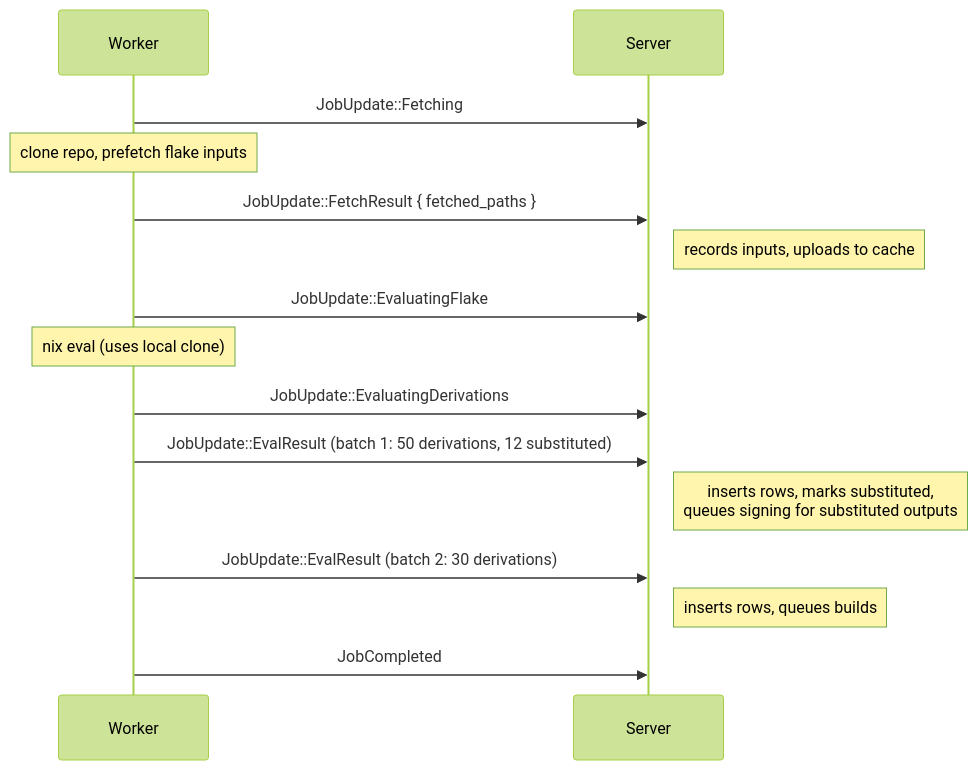
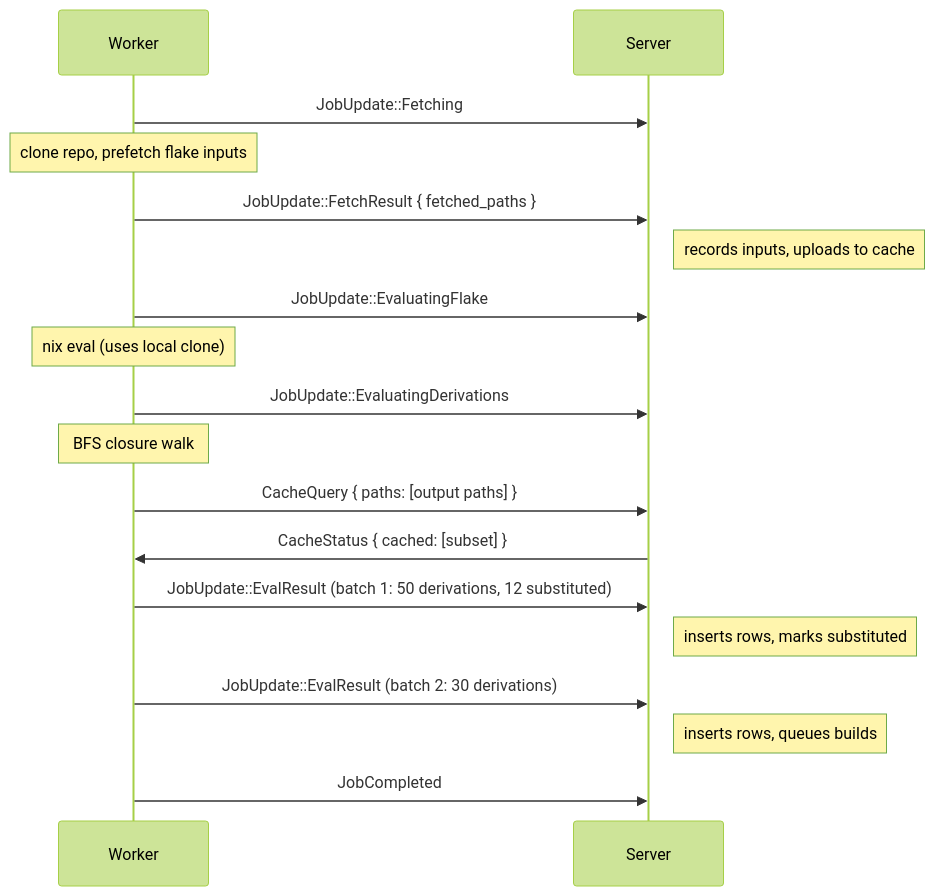
One commit to wavelens/gradient changed diagram 12 of 22 in docs/src/development/proto.md. Above: the diagram before and after it, drawn with Mermaid (forest theme). The commit also changed other lines of this file and 19 other files, not shown here.

````diff
--- a/docs/src/development/proto.md
+++ b/docs/src/development/proto.md
@@ -426,18 +472,21 @@
 ```mermaid
 sequenceDiagram
     participant W as Worker
     participant S as Server
 
     W->>S: JobUpdate::Fetching
     Note over W: clone repo, prefetch flake inputs
     W->>S: JobUpdate::FetchResult { fetched_paths }
     Note right of S: records inputs, uploads to cache
     W->>S: JobUpdate::EvaluatingFlake
     Note over W: nix eval (uses local clone)
     W->>S: JobUpdate::EvaluatingDerivations
+    Note over W: BFS closure walk
+    W->>S: CacheQuery { paths: [output paths] }
+    S->>W: CacheStatus { cached: [subset] }
     W->>S: JobUpdate::EvalResult (batch 1: 50 derivations, 12 substituted)
-    Note right of S: inserts rows, marks substituted,<br/>queues signing for substituted outputs
+    Note right of S: inserts rows, marks substituted
     W->>S: JobUpdate::EvalResult (batch 2: 30 derivations)
     Note right of S: inserts rows, queues builds
     W->>S: JobCompleted
 ```
````
